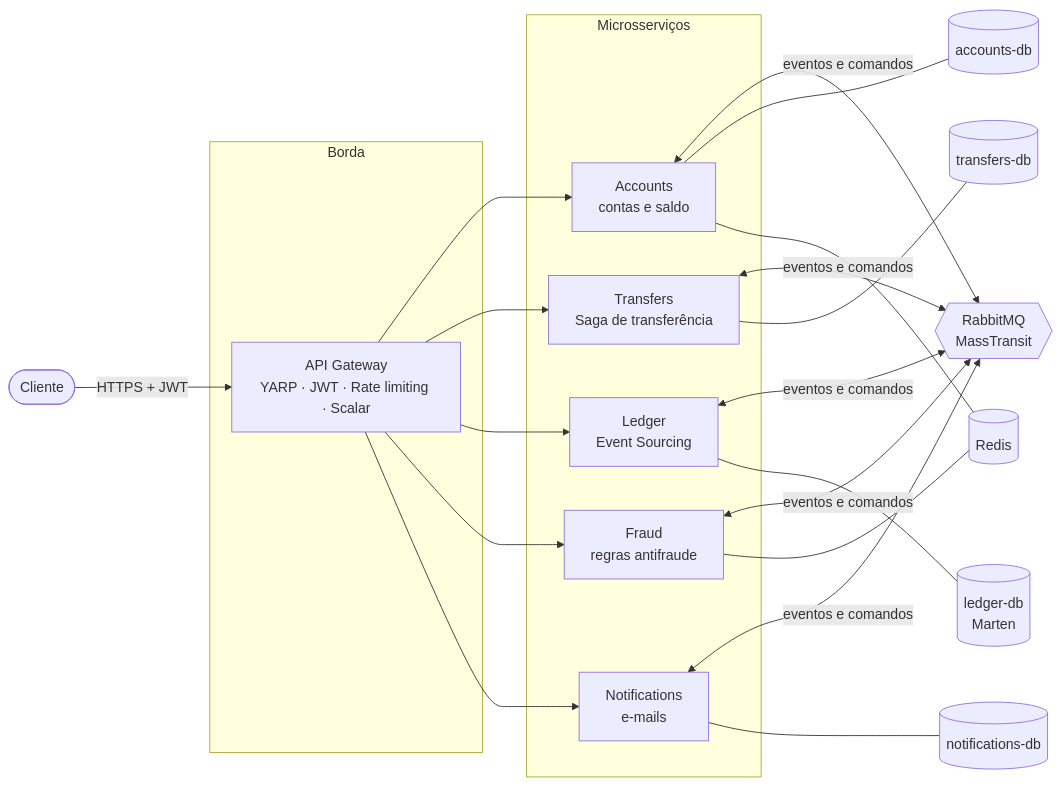
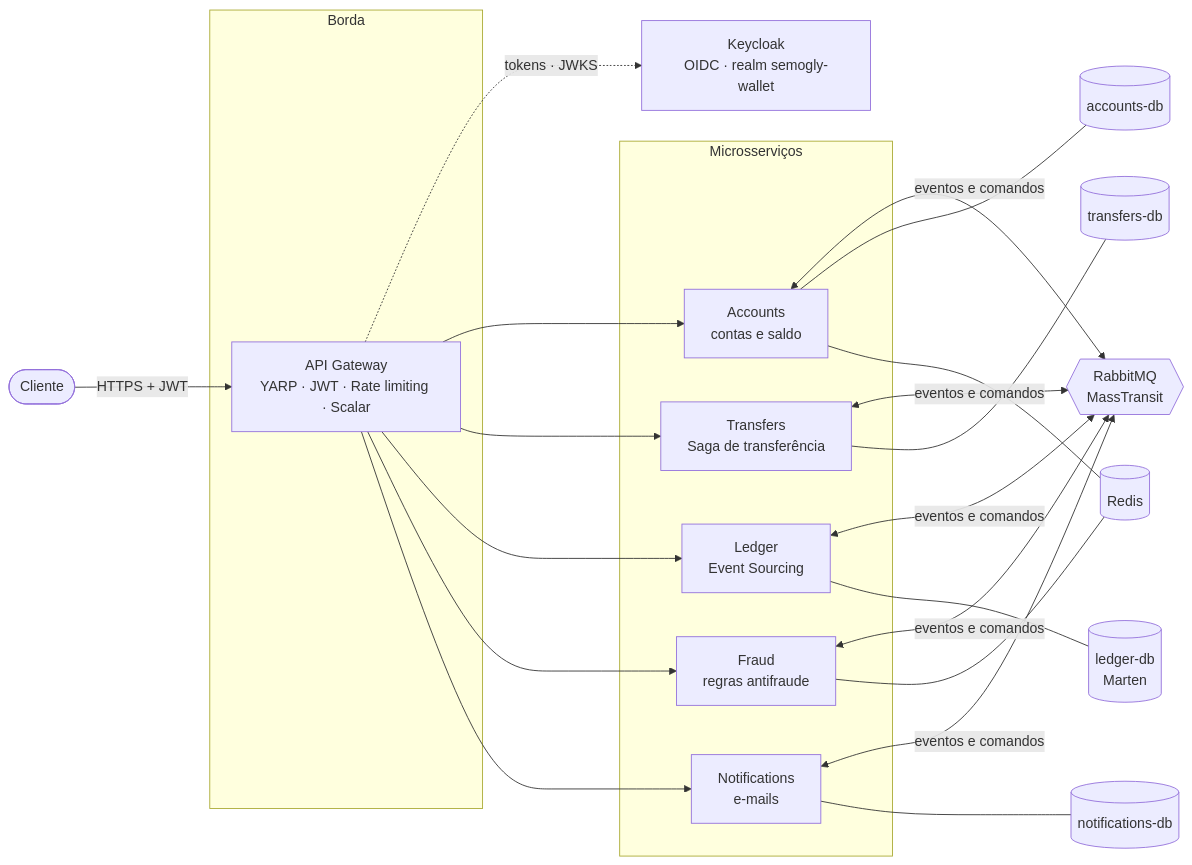
The first of 2 diagrams in README.md (semog-projects/Semogly.Wallet), drawn with Mermaid before and after one commit. The commit also changed other lines of this file and 41 other files, not shown here.

````diff
--- a/README.md
+++ b/README.md
@@ -34,28 +34,30 @@
 ```mermaid
 flowchart LR
     client([Cliente]) -->|HTTPS + JWT| gw
+    kc[Keycloak<br/>OIDC · realm semogly-wallet]
+    gw -.->|tokens · JWKS| kc
 
     subgraph edge[Borda]
         gw[API Gateway<br/>YARP · JWT · Rate limiting · Scalar]
     end
 
     subgraph services[Microsserviços]
         acc[Accounts<br/>contas e saldo]
         trf[Transfers<br/>Saga de transferência]
         led[Ledger<br/>Event Sourcing]
         frd[Fraud<br/>regras antifraude]
         ntf[Notifications<br/>e-mails]
     end
 
     gw --> acc & trf & led & frd & ntf
 
     mq{{RabbitMQ<br/>MassTransit}}
     acc & trf & led & frd & ntf <-->|eventos e comandos| mq
 
     acc --- accdb[(accounts-db)]
     acc --- redis[(Redis)]
     trf --- trfdb[(transfers-db)]
     led --- leddb[(ledger-db<br/>Marten)]
     frd --- redis
     ntf --- ntfdb[(notifications-db)]
 ```
````
